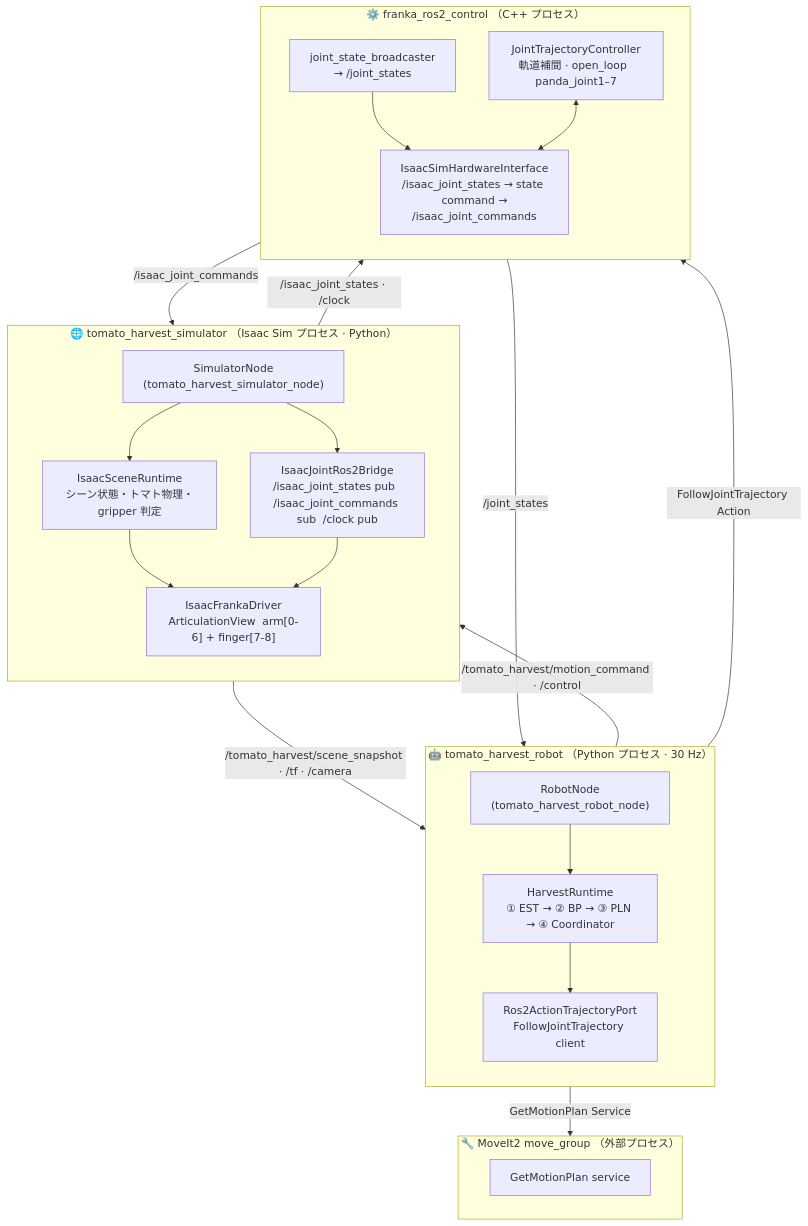
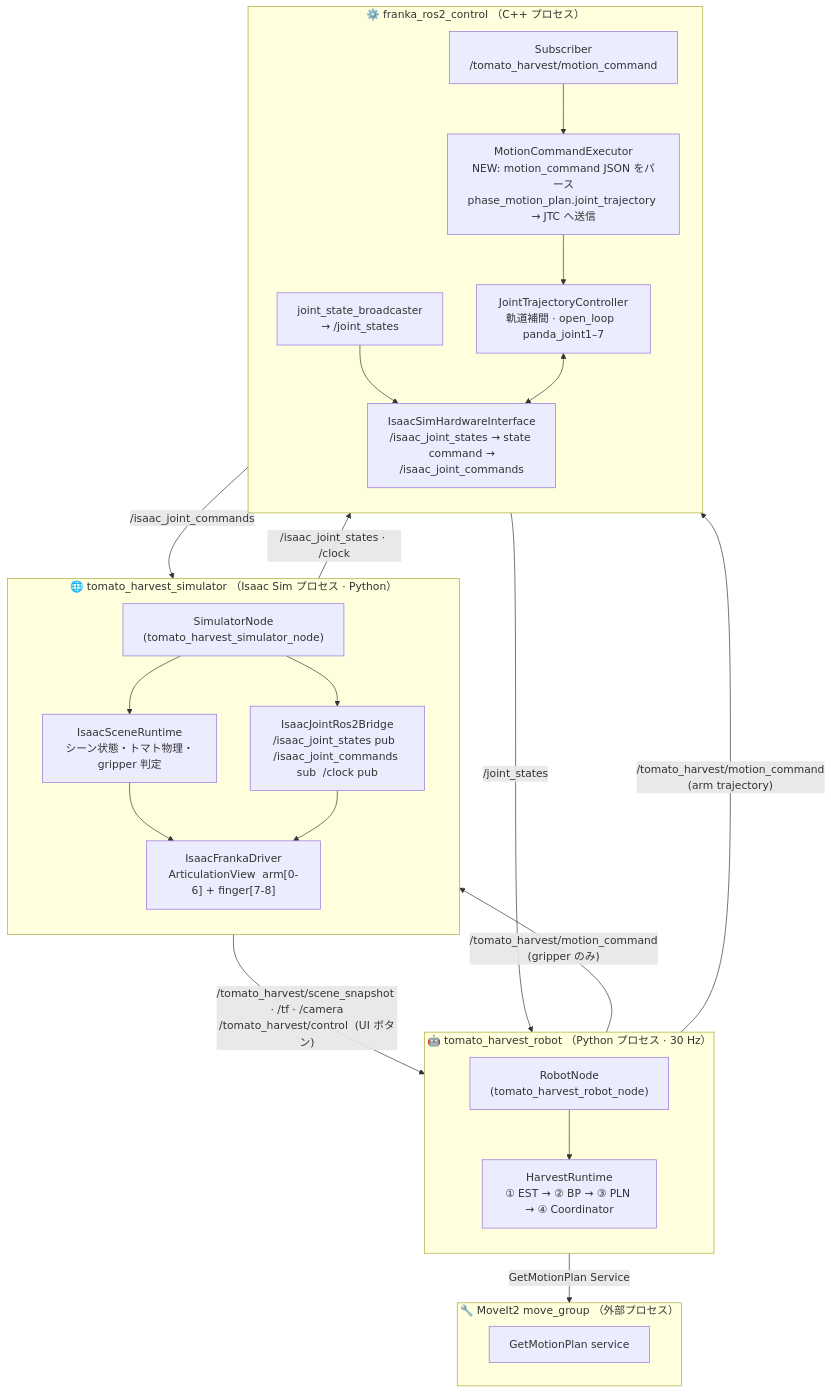
The second of 6 diagrams in src/tomato_harvest_sim/robot/docs/ROS2_COMPONENT_ARCHITECTURE.md (akodama428/trial_issac_sim), drawn with Mermaid before and after one commit. The commit also changed other lines of this file and 25 other files, not shown here.

First line of the commit message:
ROS2_COMPONENT_ARCHITECTUREに従いmotionコマンド処理をfranka_ros2_controlに集約

````diff
--- a/src/tomato_harvest_sim/robot/docs/ROS2_COMPONENT_ARCHITECTURE.md
+++ b/src/tomato_harvest_sim/robot/docs/ROS2_COMPONENT_ARCHITECTURE.md
@@ -110,42 +111,44 @@
 ```mermaid
 flowchart TB
   subgraph PROC_SIM["🌐 tomato_harvest_simulator  （Isaac Sim プロセス · Python）"]
     direction TB
     SIM_NODE["SimulatorNode\n(tomato_harvest_simulator_node)"]
     SCR["IsaacSceneRuntime\nシーン状態・トマト物理・gripper 判定"]
     DRV["IsaacFrankaDriver\nArticulationView  arm[0-6] + finger[7-8]"]
     JBDG["IsaacJointRos2Bridge\n/isaac_joint_states pub  /isaac_joint_commands sub  /clock pub"]
     SIM_NODE --> SCR & JBDG
     SCR --> DRV
     JBDG --> DRV
   end
 
   subgraph PROC_ROBOT["🤖 tomato_harvest_robot  （Python プロセス · 30 Hz）"]
     direction TB
     ROB_NODE["RobotNode\n(tomato_harvest_robot_node)"]
     RT["HarvestRuntime\n① EST → ② BP → ③ PLN → ④ Coordinator"]
-    PORT["Ros2ActionTrajectoryPort\nFollowJointTrajectory client"]
-    ROB_NODE --> RT --> PORT
+    ROB_NODE --> RT
   end
 
   subgraph PROC_CPP["⚙️ franka_ros2_control  （C++ プロセス）"]
     direction TB
+    SUB_MC_CPP["Subscriber\n/tomato_harvest/motion_command"]
+    MCE["MotionCommandExecutor\nNEW: motion_command JSON をパース\nphase_motion_plan.joint_trajectory → JTC へ送信"]
     JSB["joint_state_broadcaster\n→ /joint_states"]
     JTC["JointTrajectoryController\n軌道補間 · open_loop  panda_joint1–7"]
     HWI["IsaacSimHardwareInterface\n/isaac_joint_states → state  command → /isaac_joint_commands"]
+    SUB_MC_CPP --> MCE --> JTC
     JSB --> HWI
     JTC <--> HWI
   end
 
   subgraph PROC_MV["🔧 MoveIt2 move_group  （外部プロセス）"]
     MV["GetMotionPlan service"]
   end
 
-  PROC_SIM -->|"/tomato_harvest/scene_snapshot · /tf · /camera"| PROC_ROBOT
-  PROC_ROBOT -->|"/tomato_harvest/motion_command · /control"| PROC_SIM
+  PROC_SIM -->|"/tomato_harvest/scene_snapshot · /tf · /camera\n/tomato_harvest/control  (UI ボタン)"| PROC_ROBOT
+  PROC_ROBOT -->|"/tomato_harvest/motion_command\n(gripper のみ)"| PROC_SIM
+  PROC_ROBOT -->|"/tomato_harvest/motion_command\n(arm trajectory)"| PROC_CPP
   PROC_SIM -->|"/isaac_joint_states · /clock"| PROC_CPP
   PROC_CPP -->|"/isaac_joint_commands"| PROC_SIM
   PROC_CPP -->|"/joint_states"| PROC_ROBOT
-  PORT -->|"FollowJointTrajectory Action"| PROC_CPP
   RT -->|"GetMotionPlan Service"| PROC_MV
 ```
````
